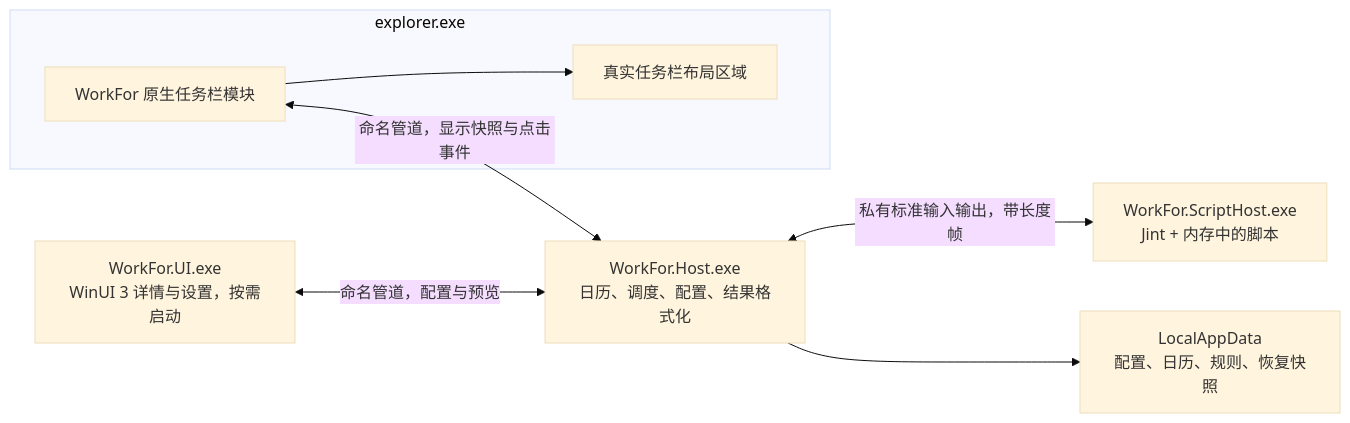
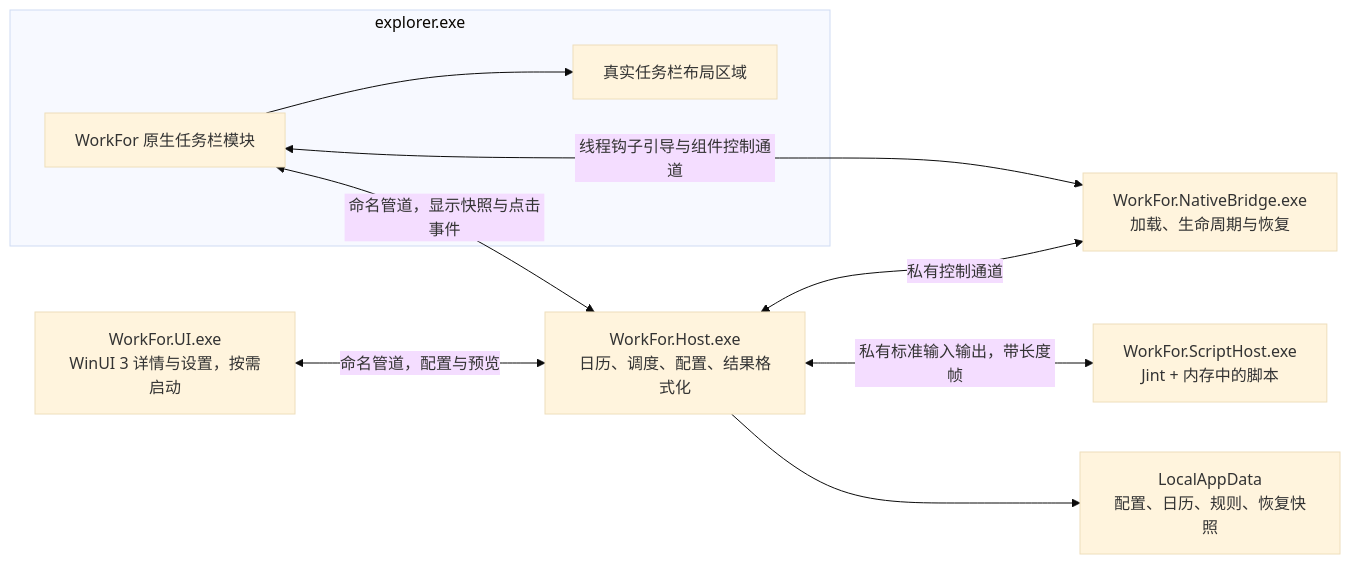
The diagram in docs/技术架构设计.md (Zxilly/WorkFor), drawn with Mermaid (base theme) before and after one commit. The commit also changed other lines of this file and 6 other files, not shown here.

````diff
--- a/docs/技术架构设计.md
+++ b/docs/技术架构设计.md
@@ -52,16 +54,19 @@
 ```mermaid
 flowchart LR
   subgraph Explorer[explorer.exe]
     Bridge[WorkFor 原生任务栏模块]
     Slot[真实任务栏布局区域]
     Bridge --> Slot
   end
   Host[WorkFor.Host.exe\n日历、调度、配置、结果格式化]
+  Loader[WorkFor.NativeBridge.exe\n加载、生命周期与恢复]
   Script[WorkFor.ScriptHost.exe\nJint + 内存中的脚本]
   UI[WorkFor.UI.exe\nWinUI 3 详情与设置，按需启动]
   Disk[LocalAppData\n配置、日历、规则、恢复快照]
   Bridge <-->|命名管道，显示快照与点击事件| Host
+  Host <-->|私有控制通道| Loader
+  Loader <-->|线程钩子引导与组件控制通道| Bridge
   Host <-->|私有标准输入输出，带长度帧| Script
   UI <-->|命名管道，配置与预览| Host
   Host --> Disk
 ```
````
